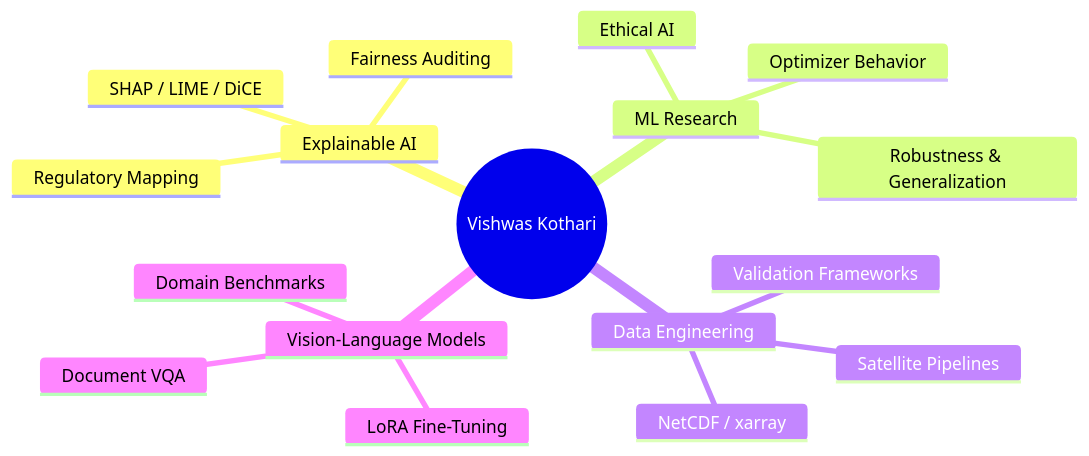
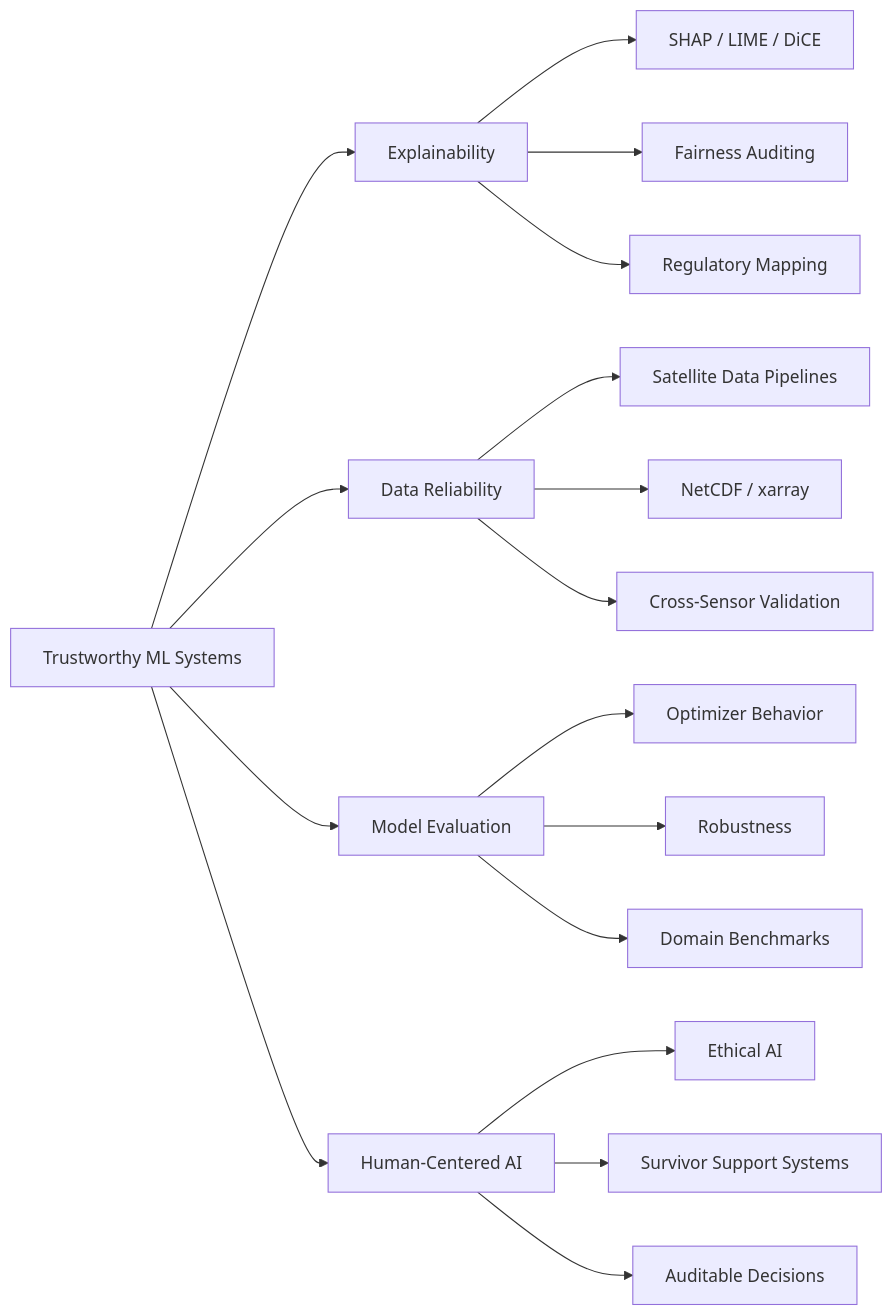
Before and after one commit to vishwas182002/vishwas182002: the first of 2 diagrams in README.md, drawn with Mermaid. The commit also changed other lines of this file, not shown here.

````diff
--- a/README.md
+++ b/README.md
@@ -49,20 +34,23 @@
 ```mermaid
-mindmap
-  root((Vishwas Kothari))
-    Explainable AI
-      SHAP / LIME / DiCE
-      Fairness Auditing
-      Regulatory Mapping
-    ML Research
-      Optimizer Behavior
-      Robustness & Generalization
-      Ethical AI
-    Data Engineering
-      Satellite Pipelines
-      NetCDF / xarray
-      Validation Frameworks
-    Vision-Language Models
-      Document VQA
-      LoRA Fine-Tuning
-      Domain Benchmarks
+flowchart LR
+    A["Trustworthy ML Systems"] --> B["Explainability"]
+    A --> C["Data Reliability"]
+    A --> D["Model Evaluation"]
+    A --> E["Human-Centered AI"]
+
+    B --> B1["SHAP / LIME / DiCE"]
+    B --> B2["Fairness Auditing"]
+    B --> B3["Regulatory Mapping"]
+
+    C --> C1["Satellite Data Pipelines"]
+    C --> C2["NetCDF / xarray"]
+    C --> C3["Cross-Sensor Validation"]
+
+    D --> D1["Optimizer Behavior"]
+    D --> D2["Robustness"]
+    D --> D3["Domain Benchmarks"]
+
+    E --> E1["Ethical AI"]
+    E --> E2["Survivor Support Systems"]
+    E --> E3["Auditable Decisions"]
 ```
````
